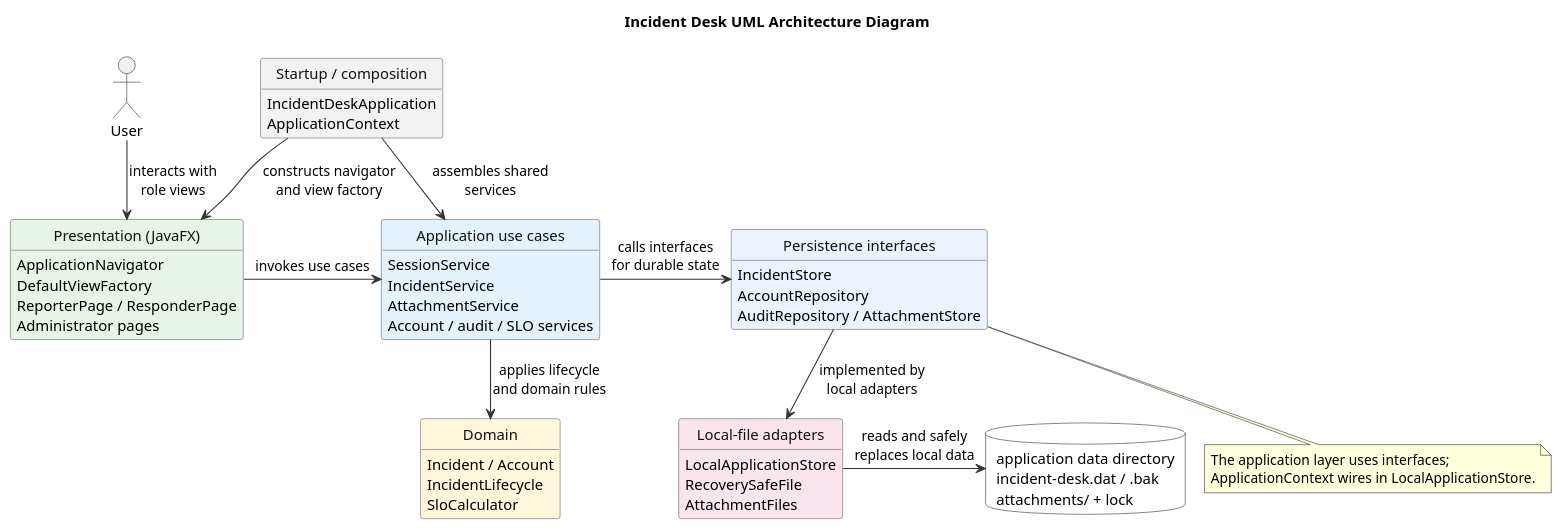
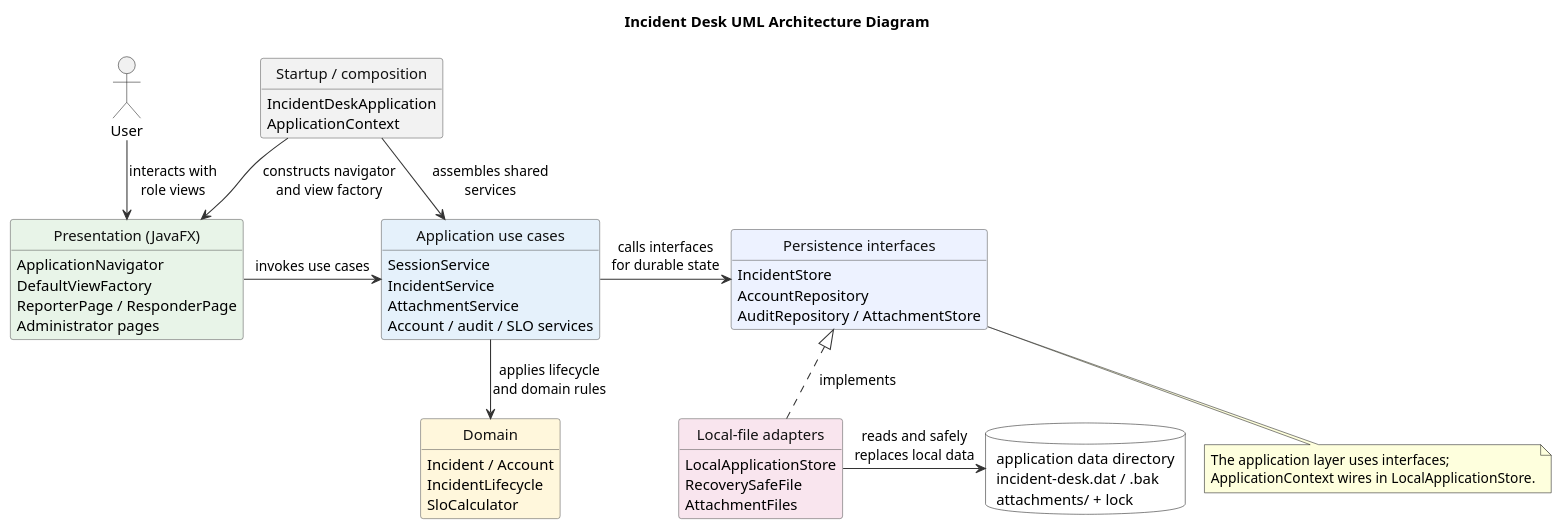
One commit to CS3227-2610-MP2-IncidentAssistant/CS3227-2610-MP2 changed the diagram in docs/diagrams/architecture.puml. Above: the diagram before and after it, drawn with PlantUML. The commit also changed 4 other files, not shown here.

Commit message:
docs: correct architecture and submission diagrams

```diff
--- a/docs/diagrams/architecture.puml
+++ b/docs/diagrams/architecture.puml
@@ -1,78 +1,78 @@
 @startuml
 title Incident Desk UML Architecture Diagram
 
 allowmixing
 !pragma layout smetana
 
 top to bottom direction
 
 skinparam backgroundColor white
 skinparam defaultFontName Arial
 skinparam shadowing false
 skinparam classAttributeIconSize 0
 skinparam nodesep 65
 skinparam ranksep 70
 skinparam ArrowColor #333333
 skinparam ClassBorderColor #555555
 skinparam ClassFontColor #111111
 
 hide methods
 hide stereotypes
 hide circle
 
 actor User
 
 class "Startup / composition" as Startup #F2F2F2 {
     IncidentDeskApplication
     ApplicationContext
 }
 
 class "Presentation (JavaFX)" as UI #E8F4E8 {
     ApplicationNavigator
     DefaultViewFactory
     ReporterPage / ResponderPage
     Administrator pages
 }
 
 class "Application use cases" as UseCases #E5F1FB {
     SessionService
     IncidentService
     AttachmentService
     Account / audit / SLO services
 }
 
 class "Domain" as Domain #FFF7DC {
     Incident / Account
     IncidentLifecycle
     SloCalculator
 }
 
 class "Persistence interfaces" as Ports #EDF2FF {
     IncidentStore
     AccountRepository
     AuditRepository / AttachmentStore
 }
 
 class "Local-file adapters" as Storage #F9E5EE {
     LocalApplicationStore
     RecoverySafeFile
     AttachmentFiles
 }
 
 database "application data directory\nincident-desk.dat / .bak\nattachments/ + lock" as DataFile #FFFFFF
 
 User -down-> UI : interacts with\nrole views
 Startup -down-> UI : constructs navigator\nand view factory
 Startup -right-> UseCases : assembles shared\nservices
 UI -right-> UseCases : invokes use cases
 UseCases -down-> Domain : applies lifecycle\nand domain rules
 UseCases -right-> Ports : calls interfaces\nfor durable state
-Ports -down-> Storage : implemented by\nlocal adapters
+Storage ..up|> Ports : implements
 Storage -right-> DataFile : reads and safely\nreplaces local data
 
 note bottom of Ports
 The application layer uses interfaces;
 ApplicationContext wires in LocalApplicationStore.
 end note
 
 @enduml
```
